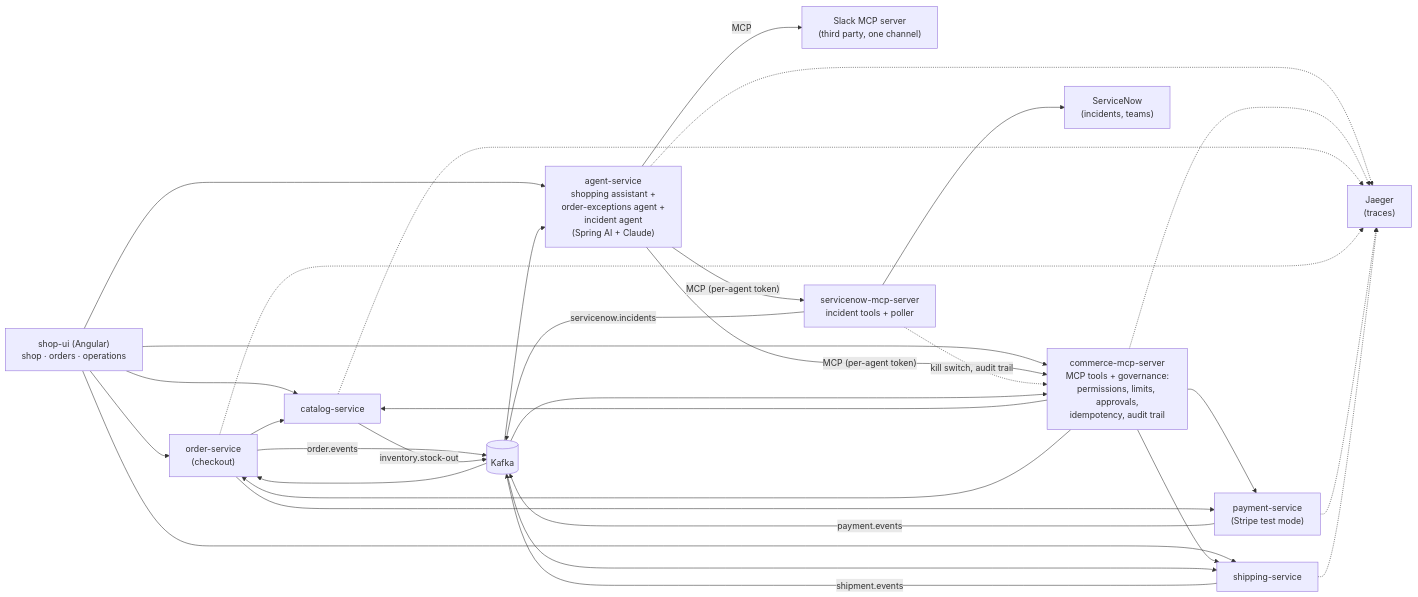
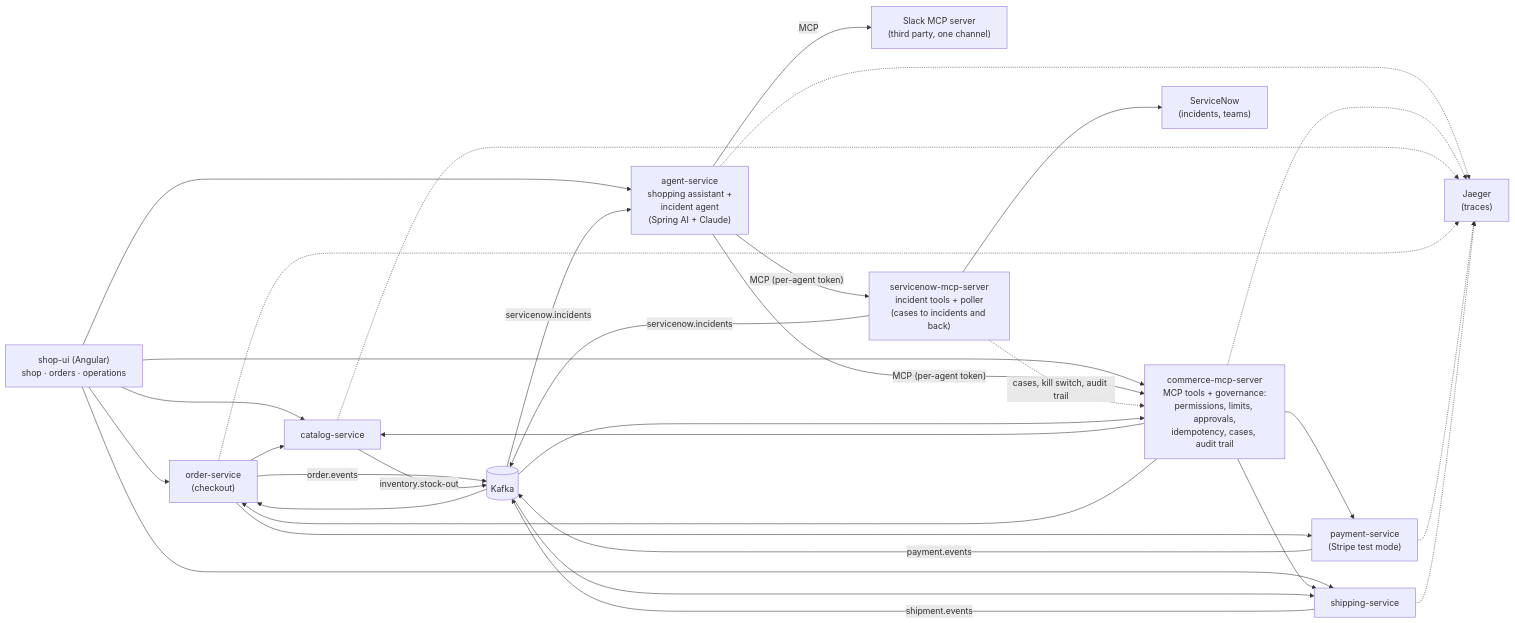
One commit to exepex/spring-ai-agentic-commerce changed the diagram in README.md. Above: the diagram before and after it, drawn with Mermaid. The commit also changed other lines of this file and 42 other files, not shown here.

First line of the commit message:
Carry cases to ServiceNow and fold the order-exceptions agent into the incident agent

````diff
--- a/README.md
+++ b/README.md
@@ -31,31 +31,32 @@
 ```mermaid
 flowchart LR
     ui["shop-ui (Angular)<br/>shop · orders · operations"]
-    agent["agent-service<br/>shopping assistant +<br/>order-exceptions agent +<br/>incident agent<br/>(Spring AI + Claude)"]
-    mcp["commerce-mcp-server<br/>MCP tools + governance:<br/>permissions, limits, approvals,<br/>idempotency, audit trail"]
+    agent["agent-service<br/>shopping assistant +<br/>incident agent<br/>(Spring AI + Claude)"]
+    mcp["commerce-mcp-server<br/>MCP tools + governance:<br/>permissions, limits, approvals,<br/>idempotency, cases, audit trail"]
     slack["Slack MCP server<br/>(third party, one channel)"]
-    snmcp["servicenow-mcp-server<br/>incident tools + poller"]
+    snmcp["servicenow-mcp-server<br/>incident tools + poller<br/>(cases to incidents and back)"]
     snow["ServiceNow<br/>(incidents, teams)"]
     catalog["catalog-service"]
     orders["order-service<br/>(checkout)"]
     payments["payment-service<br/>(Stripe test mode)"]
     shipping["shipping-service"]
     kafka[("Kafka")]
     jaeger["Jaeger<br/>(traces)"]
 
     ui --> orders & catalog & shipping & agent & mcp
     agent -- "MCP (per-agent token)" --> mcp
     agent -- MCP --> slack
     agent -- "MCP (per-agent token)" --> snmcp
     snmcp --> snow
-    snmcp -. "kill switch, audit trail" .-> mcp
+    snmcp -. "cases, kill switch, audit trail" .-> mcp
     snmcp -- servicenow.incidents --> kafka
     mcp --> catalog & orders & payments & shipping
     orders --> catalog & payments
     orders -- order.events --> kafka
     shipping -- shipment.events --> kafka
     payments -- payment.events --> kafka
     catalog -- inventory.stock-out --> kafka
-    kafka --> orders & shipping & agent & mcp
+    kafka --> orders & shipping & mcp
+    kafka -- servicenow.incidents --> agent
     agent & mcp & catalog & orders & payments & shipping -.-> jaeger
 ```
````
